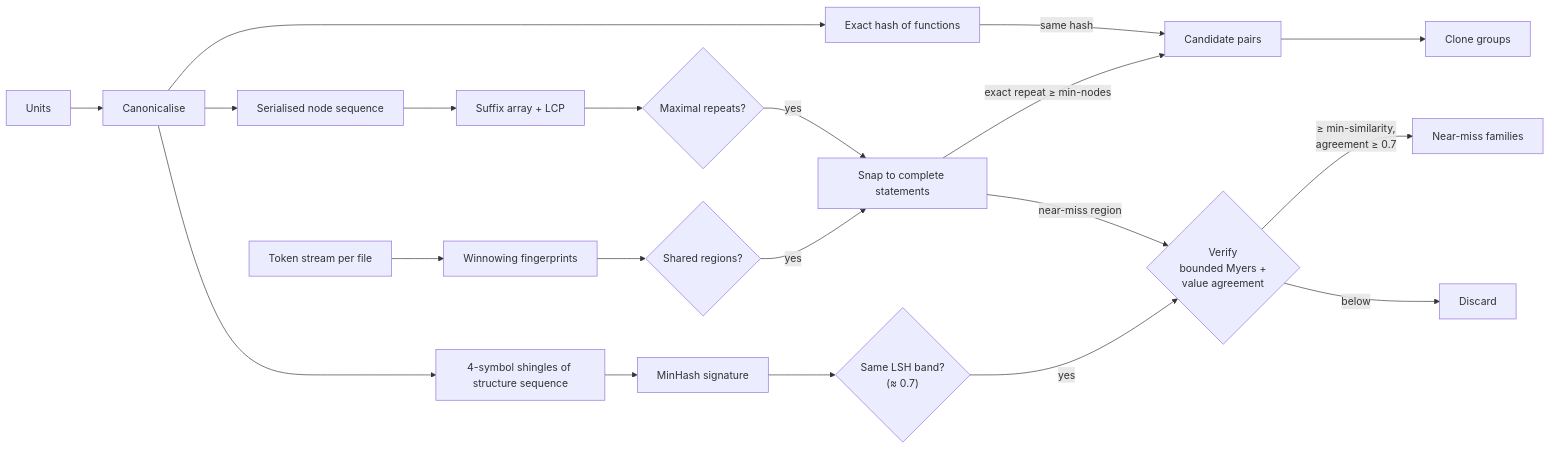
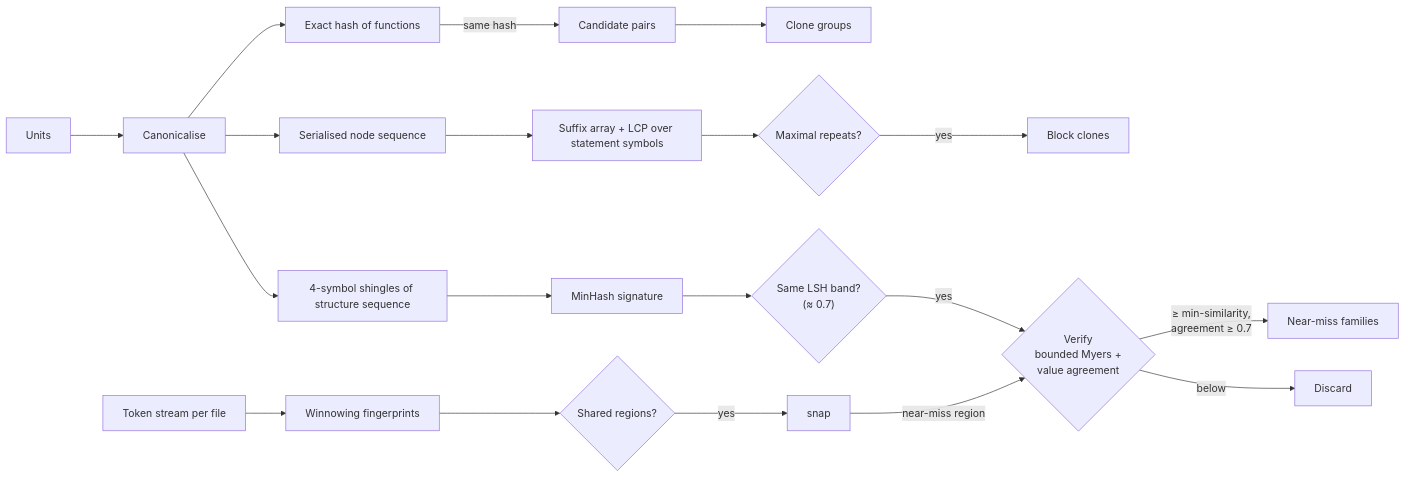
One commit to heikki-laitala/ddslop changed the fourth of 9 diagrams in docs/architecture.md. Above: the diagram before and after it, drawn with Mermaid. The commit also changed other lines of this file, not shown here.

First line of the commit message:
docs: describe block clones as built

````diff
--- a/docs/architecture.md
+++ b/docs/architecture.md
@@ -419,22 +439,21 @@
 ```mermaid
 flowchart LR
     units[Units] --> canon[Canonicalise]
     canon --> hash[Exact hash of functions]
     canon --> seq[Serialised node sequence]
-    seq --> sa[Suffix array + LCP]
+    seq --> sa[Suffix array + LCP over statement symbols]
     sa --> repeats{Maximal repeats?}
     canon --> pq[4-symbol shingles of structure sequence]
     pq --> mh[MinHash signature]
     mh --> lsh{"Same LSH band?<br/>(≈ 0.7)"}
     tokens[Token stream per file] --> win[Winnowing fingerprints]
     win --> regions{Shared regions?}
-    repeats -- yes --> snap[Snap to complete statements]
+    repeats -- yes --> blocks[Block clones]
     regions -- yes --> snap
     hash -- same hash --> pairs[Candidate pairs]
-    snap -- "exact repeat ≥ min-nodes" --> pairs
     snap -- "near-miss region" --> verify
     lsh -- yes --> verify{"Verify<br/>bounded Myers +<br/>value agreement"}
     verify -- "≥ min-similarity,<br/>agreement ≥ 0.7" --> fam[Near-miss families]
     verify -- below --> drop[Discard]
     pairs --> groups[Clone groups]
 ```
````
